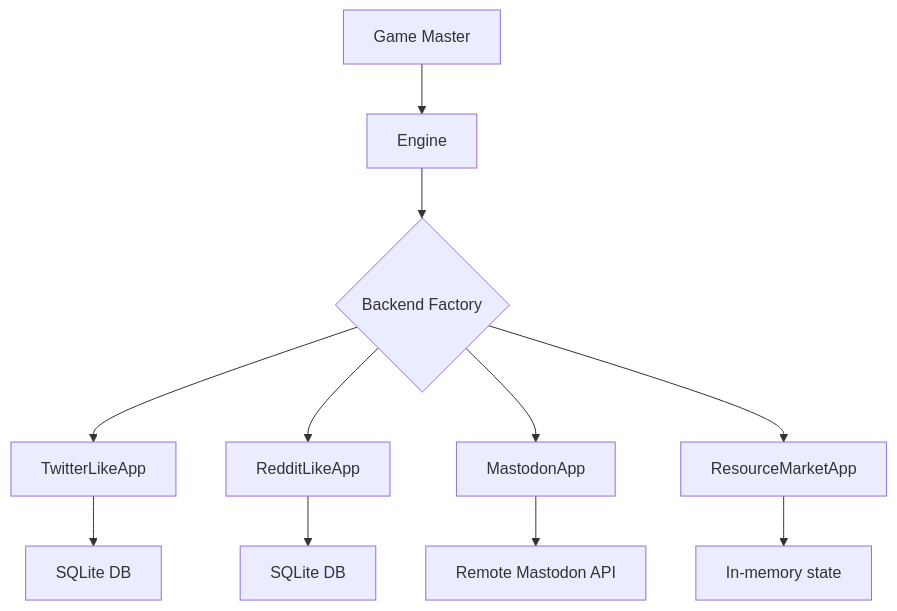
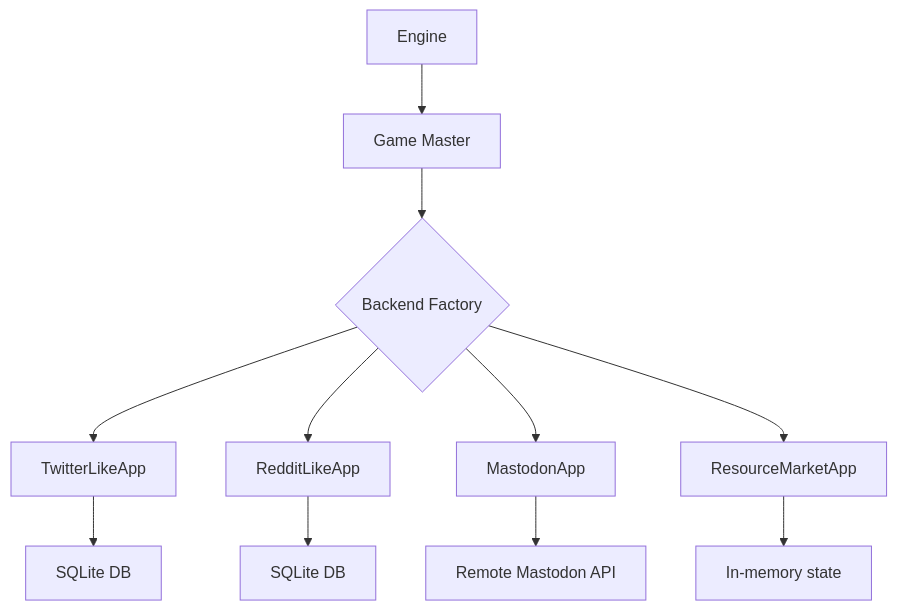
One commit to sandbox-social/silisocs changed the diagram in docs/backends.md. Above: the diagram before and after it, drawn with Mermaid. The commit also changed other lines of this file and 147 other files, not shown here.

````diff
--- a/docs/backends.md
+++ b/docs/backends.md
@@ -204,13 +204,13 @@
 ```mermaid
 graph TD
-    A[Game Master] --> B[Engine]
-    B --> C{Backend Factory}
+    B[Engine] --> A[Game Master]
+    A --> C{Backend Factory}
     C --> D[TwitterLikeApp]
     C --> E[RedditLikeApp]
     C --> F[MastodonApp]
     C --> M[ResourceMarketApp]
     D --> G[SQLite DB]
     E --> H[SQLite DB]
     F --> I[Remote Mastodon API]
     M --> N[In-memory state]
 ```
````
